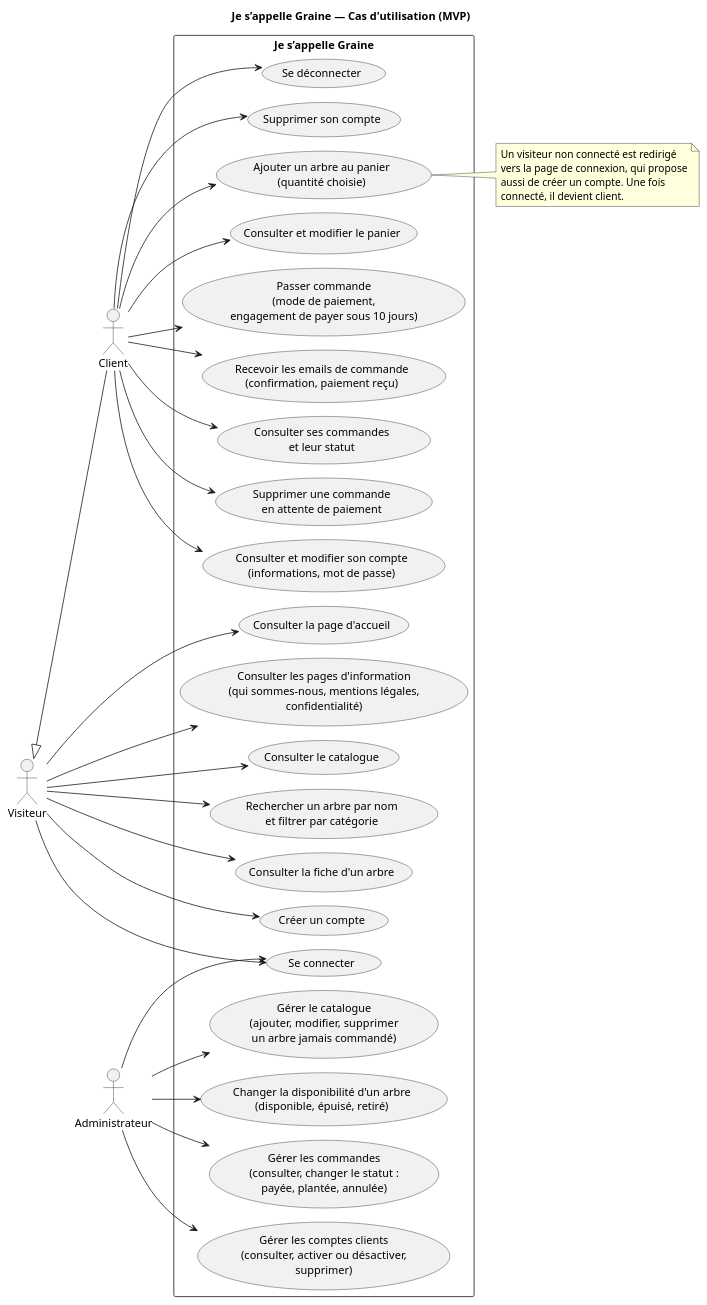
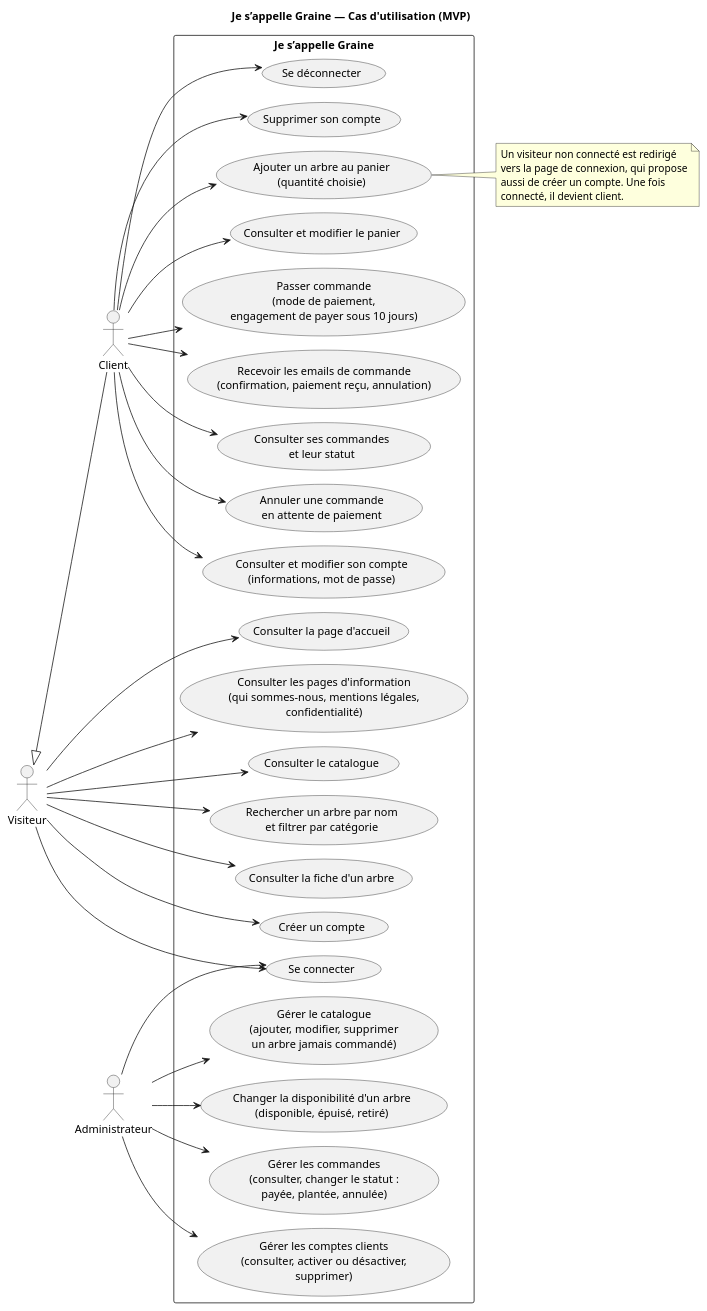
Before and after one commit to DimitryDereppe/je-s-appelle-graine: the diagram in docs/conception/diagrammes/02-diagramme-cas-utilisation.puml, drawn with PlantUML. The commit also changed 23 other files, not shown here.

Commit message:
docs: suppression de la table cart, annulation des commandes par le client, paiement sans carte, routes /api/auth et /commandes, TypeScript, relecture complète de la documentation

```diff
--- a/docs/conception/diagrammes/02-diagramme-cas-utilisation.puml
+++ b/docs/conception/diagrammes/02-diagramme-cas-utilisation.puml
@@ -1,66 +1,66 @@
 @startuml 02-diagramme-cas-utilisation
 !pragma layout smetana
 left to right direction
 title Je s’appelle Graine — Cas d'utilisation (MVP)
 
 actor Visiteur as visitor
 actor Client as client
 actor Administrateur as admin
 client -up-|> visitor
 
 rectangle "Je s’appelle Graine" {
   usecase "Consulter la page d'accueil" as UC_home
   usecase "Consulter les pages d'information\n(qui sommes-nous, mentions légales,\nconfidentialité)" as UC_info
   usecase "Consulter le catalogue" as UC_catalog
   usecase "Rechercher un arbre par nom\net filtrer par catégorie" as UC_search
   usecase "Consulter la fiche d'un arbre" as UC_tree
   usecase "Créer un compte" as UC_signup
   usecase "Se connecter" as UC_login
 
   usecase "Ajouter un arbre au panier\n(quantité choisie)" as UC_add
   usecase "Consulter et modifier le panier" as UC_cart
   usecase "Passer commande\n(mode de paiement,\nengagement de payer sous 10 jours)" as UC_order
-  usecase "Recevoir les emails de commande\n(confirmation, paiement reçu)" as UC_mail
+  usecase "Recevoir les emails de commande\n(confirmation, paiement reçu, annulation)" as UC_mail
   usecase "Consulter ses commandes\net leur statut" as UC_history
-  usecase "Supprimer une commande\nen attente de paiement" as UC_cancel
+  usecase "Annuler une commande\nen attente de paiement" as UC_cancel
   usecase "Consulter et modifier son compte\n(informations, mot de passe)" as UC_account
   usecase "Se déconnecter" as UC_logout
   usecase "Supprimer son compte" as UC_delete
 
   usecase "Gérer le catalogue\n(ajouter, modifier, supprimer\nun arbre jamais commandé)" as UC_admin_trees
   usecase "Changer la disponibilité d'un arbre\n(disponible, épuisé, retiré)" as UC_admin_avail
   usecase "Gérer les commandes\n(consulter, changer le statut :\npayée, plantée, annulée)" as UC_admin_orders
   usecase "Gérer les comptes clients\n(consulter, activer ou désactiver,\nsupprimer)" as UC_admin_users
 }
 
 visitor --> UC_home
 visitor --> UC_info
 visitor --> UC_catalog
 visitor --> UC_search
 visitor --> UC_tree
 visitor --> UC_signup
 visitor --> UC_login
 
 client --> UC_add
 client --> UC_cart
 client --> UC_order
 client --> UC_mail
 client --> UC_history
 client --> UC_cancel
 client --> UC_account
 client --> UC_logout
 client --> UC_delete
 
 admin --> UC_login
 admin --> UC_admin_trees
 admin --> UC_admin_avail
 admin --> UC_admin_orders
 admin --> UC_admin_users
 
 note right of UC_add
   Un visiteur non connecté est redirigé
   vers la page de connexion, qui propose
   aussi de créer un compte. Une fois
   connecté, il devient client.
 end note
 @enduml
```
